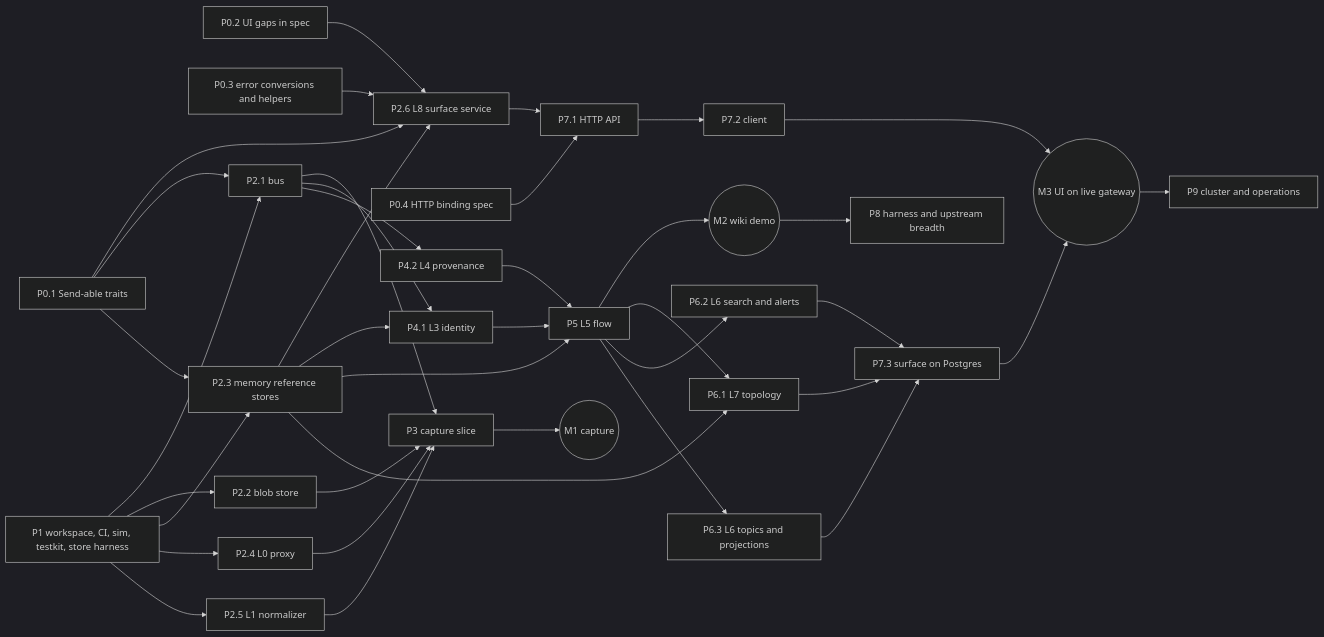
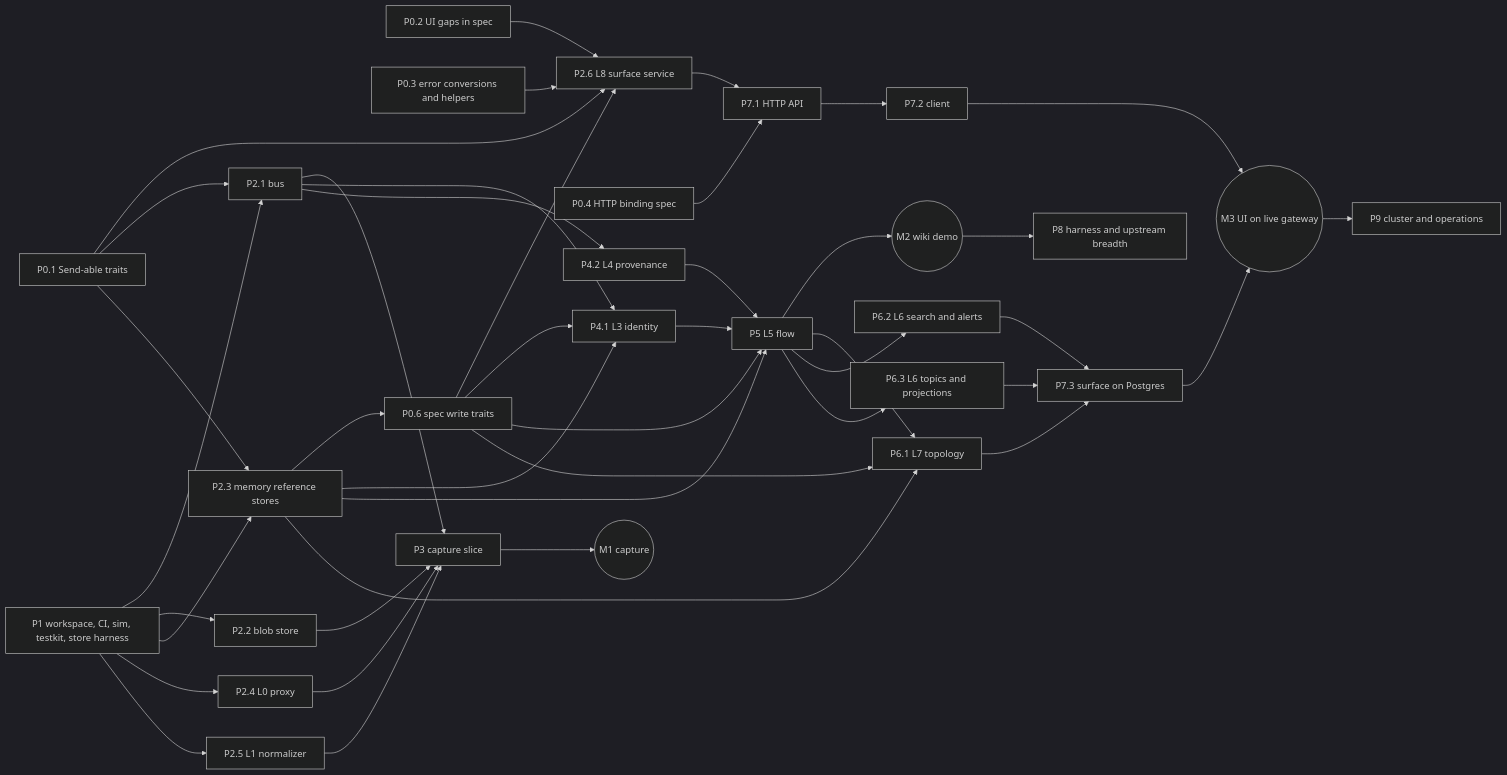
One commit to RhizoNymph/crosstalk changed the diagram in docs/roadmap.md. Above: the diagram before and after it, drawn with Mermaid (dark theme). The commit also changed other lines of this file, not shown here.

Commit message:
docs: add spec write traits to the roadmap

````diff
--- a/docs/roadmap.md
+++ b/docs/roadmap.md
@@ -83,26 +83,27 @@
 ```mermaid
 flowchart LR
   P0a[P0.1 Send-able traits] --> P2_6
   P0b[P0.2 UI gaps in spec] --> P2_6
   P0c[P0.3 error conversions and helpers] --> P2_6
   P0d[P0.4 HTTP binding spec] --> P7_1
   P1[P1 workspace, CI, sim, testkit, store harness] --> P2_1 & P2_2 & P2_3 & P2_4 & P2_5
   P0a --> P2_1 & P2_3
-  P2_3[P2.3 memory reference stores] --> P2_6[P2.6 L8 surface service]
+  P2_3[P2.3 memory reference stores] --> P0f[P0.6 spec write traits] --> P2_6[P2.6 L8 surface service]
+  P0f --> P4_1 & P5 & P6_1
   P2_1[P2.1 bus] --> P3
   P2_2[P2.2 blob store] --> P3
   P2_4[P2.4 L0 proxy] --> P3
   P2_5[P2.5 L1 normalizer] --> P3[P3 capture slice]
   P2_1 --> P4_1 & P4_2
   P2_3 --> P4_1 & P5 & P6_1
   P3 --> M1((M1 capture))
   P4_1[P4.1 L3 identity] --> P5
   P4_2[P4.2 L4 provenance] --> P5[P5 L5 flow]
   P5 --> M2((M2 wiki demo))
   P5 --> P6_1[P6.1 L7 topology] & P6_2[P6.2 L6 search and alerts] & P6_3[P6.3 L6 topics and projections]
   P2_6 --> P7_1[P7.1 HTTP API] --> P7_2[P7.2 client]
   P6_1 & P6_2 & P6_3 --> P7_3[P7.3 surface on Postgres]
   P7_2 & P7_3 --> M3((M3 UI on live gateway))
   M2 --> P8[P8 harness and upstream breadth]
   M3 --> P9[P9 cluster and operations]
 ```
````
